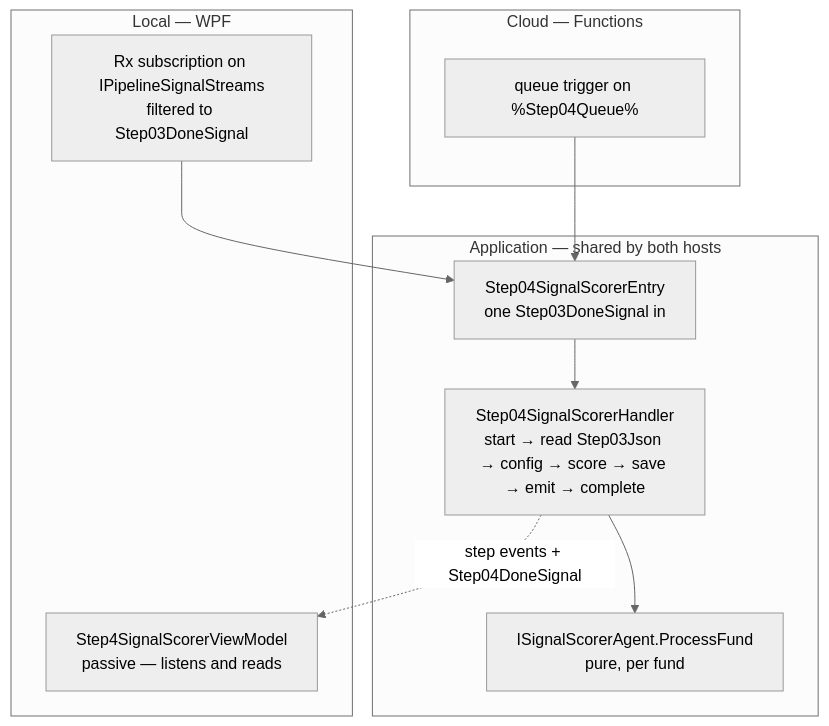
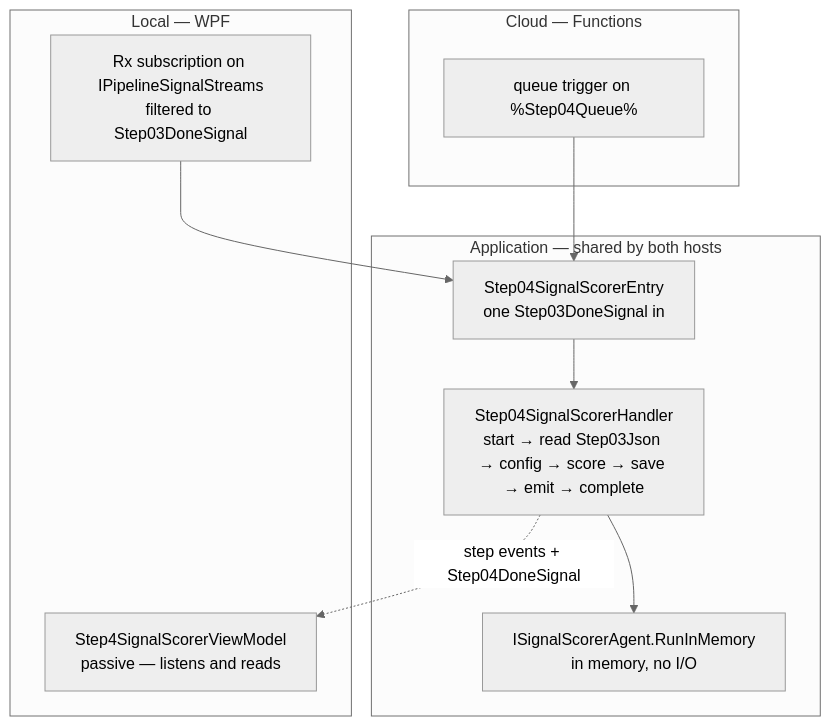
Before and after one commit to Muhomorik/FikaFinans: the first of 3 diagrams in Docs/pipeline-redesign/04-signalscorer.md, drawn with Mermaid (neutral theme). The commit also changed other lines of this file and 1 other file, not shown here.

Commit message:
Document Step 4 `RunInMemory` design for `ISignalScorerAgent`.

````diff
--- a/Docs/pipeline-redesign/04-signalscorer.md
+++ b/Docs/pipeline-redesign/04-signalscorer.md
@@ -127,19 +129,19 @@
 ```mermaid
 flowchart TB
   subgraph app["Application — shared by both hosts"]
     door["Step04SignalScorerEntry<br/>one Step03DoneSignal in"]
     h["Step04SignalScorerHandler<br/>start → read Step03Json → config → score → save → emit → complete"]
-    agent["ISignalScorerAgent.ProcessFund<br/>pure, per fund"]
+    agent["ISignalScorerAgent.RunInMemory<br/>in memory, no I/O"]
     door --> h --> agent
   end
   subgraph local["Local — WPF"]
     rx["Rx subscription on IPipelineSignalStreams<br/>filtered to Step03DoneSignal"]
     vm["Step4SignalScorerViewModel<br/>passive — listens and reads"]
   end
   subgraph cloud["Cloud — Functions"]
     fn["queue trigger on %Step04Queue%"]
   end
   rx --> door
   fn --> door
   h -. "step events + Step04DoneSignal" .-> vm
 ```
````
